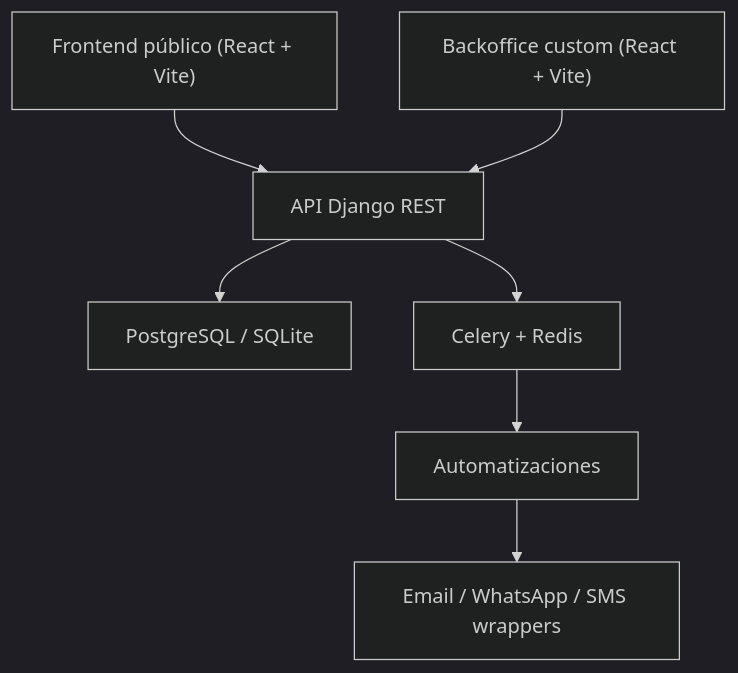
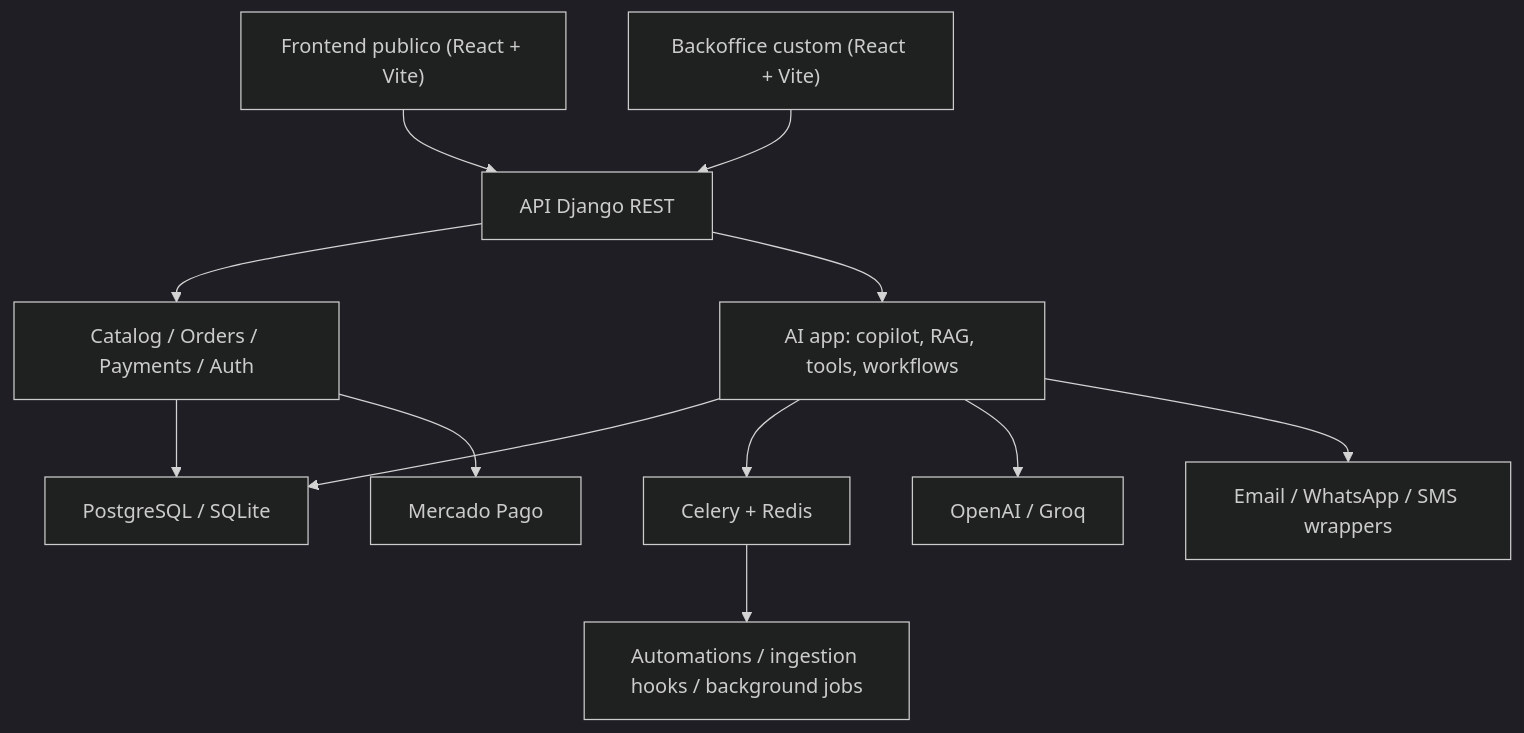
The second of 3 diagrams in README.md (villegasbraulio/La-Abeja), drawn with Mermaid (dark theme) before and after one commit. The commit also changed other lines of this file and 12 other files, not shown here.

````diff
--- a/README.md
+++ b/README.md
@@ -160,9 +187,14 @@
 ```mermaid
 flowchart TD
-    A["Frontend público (React + Vite)"] --> B["API Django REST"]
+    A["Frontend publico (React + Vite)"] --> B["API Django REST"]
     C["Backoffice custom (React + Vite)"] --> B
-    B --> D["PostgreSQL / SQLite"]
-    B --> E["Celery + Redis"]
-    E --> F["Automatizaciones"]
-    F --> G["Email / WhatsApp / SMS wrappers"]
+    B --> D["Catalog / Orders / Payments / Auth"]
+    B --> E["AI app: copilot, RAG, tools, workflows"]
+    D --> F["PostgreSQL / SQLite"]
+    E --> F
+    E --> G["Celery + Redis"]
+    G --> H["Automations / ingestion hooks / background jobs"]
+    D --> I["Mercado Pago"]
+    E --> J["OpenAI / Groq"]
+    E --> K["Email / WhatsApp / SMS wrappers"]
 ```
````
